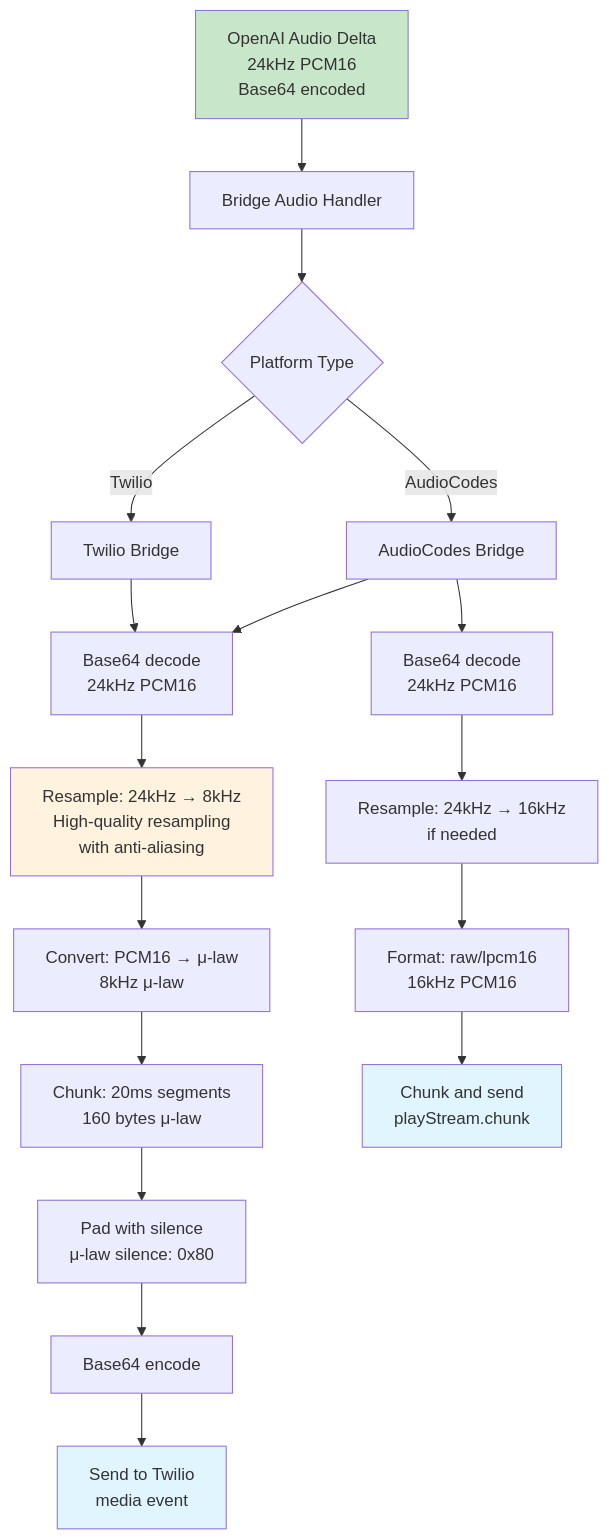
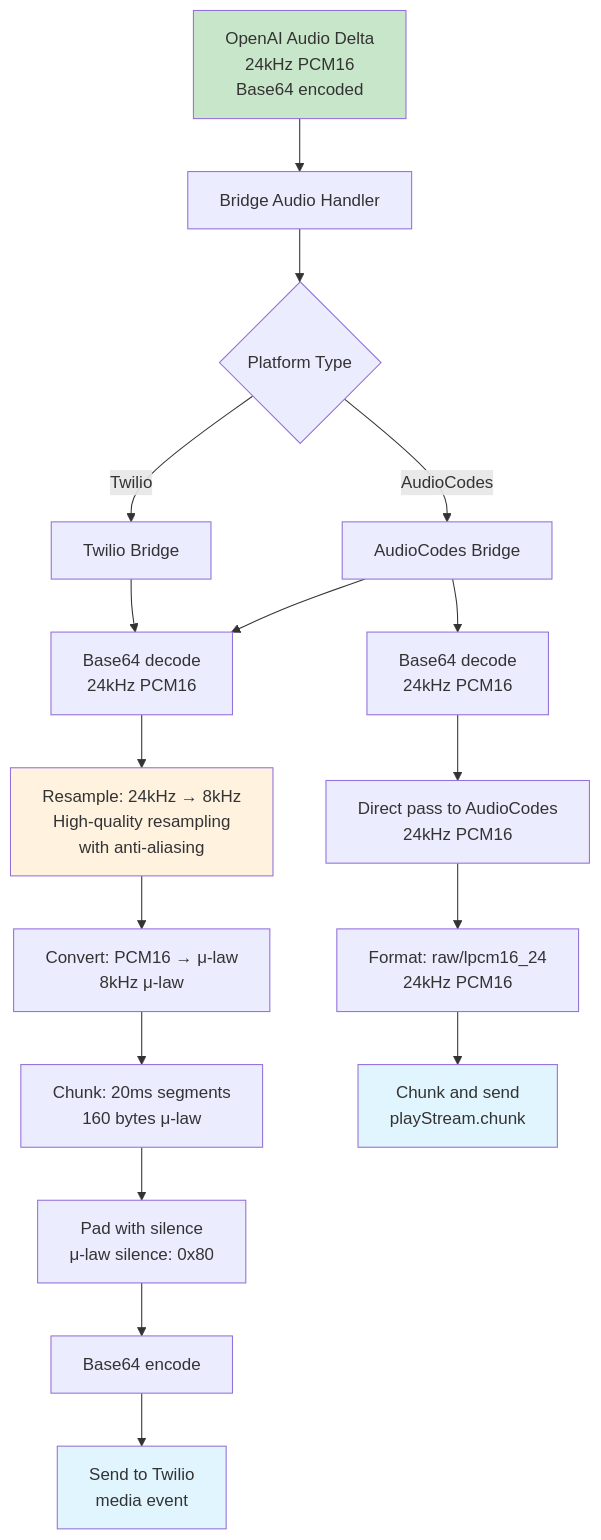
Before and after one commit to csmangum/opusagent: the third of 9 diagrams in .context/audio_technical_implementation.md, drawn with Mermaid. The commit also changed other lines of this file and 3 other files, not shown here.

````diff
--- a/.context/audio_technical_implementation.md
+++ b/.context/audio_technical_implementation.md
@@ -85,29 +85,29 @@
 ```mermaid
 graph TD
     A[OpenAI Audio Delta<br/>24kHz PCM16<br/>Base64 encoded] --> B[Bridge Audio Handler]
     
     B --> C{Platform Type}
     C -->|Twilio| D[Twilio Bridge]
     C -->|AudioCodes| E[AudioCodes Bridge]
     
     D --> F[Base64 decode<br/>24kHz PCM16]
     E --> F
     
     F --> G[Resample: 24kHz → 8kHz<br/>High-quality resampling<br/>with anti-aliasing]
     
     G --> H[Convert: PCM16 → μ-law<br/>8kHz μ-law]
     H --> I[Chunk: 20ms segments<br/>160 bytes μ-law]
     I --> J[Pad with silence<br/>μ-law silence: 0x80]
     J --> K[Base64 encode]
     K --> L[Send to Twilio<br/>media event]
     
     E --> M[Base64 decode<br/>24kHz PCM16]
-    M --> N[Resample: 24kHz → 16kHz<br/>if needed]
-    N --> O[Format: raw/lpcm16<br/>16kHz PCM16]
+    M --> N[Direct pass to AudioCodes<br/>24kHz PCM16]
+    N --> O[Format: raw/lpcm16_24<br/>24kHz PCM16]
     O --> P[Chunk and send<br/>playStream.chunk]
     
     style A fill:#c8e6c9
     style L fill:#e1f5fe
     style P fill:#e1f5fe
     style G fill:#fff3e0
 ```
````
